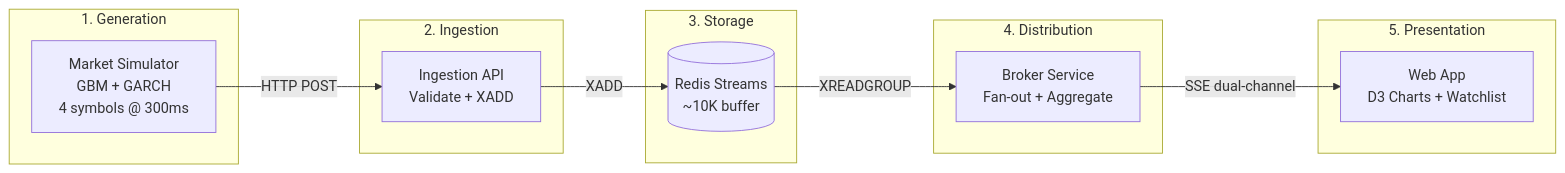
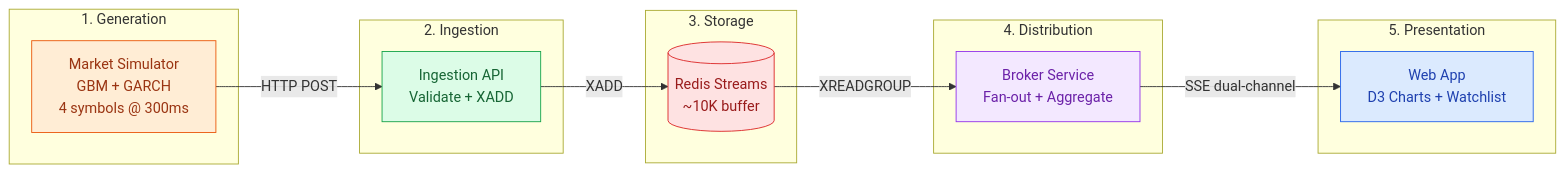
The seventh of 10 diagrams in hugo-site/content/projects/stock-market-simulator/index.md (raj-champion-trader/rajchampaneriya.github.io), drawn with Mermaid before and after one commit. The commit also changed other lines of this file and 5 other files, not shown here.

First line of the commit message:
Enhance Mermaid Diagrams with Semantic Color Classes and Dark Mode Support

````diff
--- a/hugo-site/content/projects/stock-market-simulator/index.md
+++ b/hugo-site/content/projects/stock-market-simulator/index.md
@@ -301,27 +333,33 @@
 ```mermaid
 flowchart LR
+    classDef primary fill:#dbeafe,stroke:#2563eb,color:#1e40af
+    classDef secondary fill:#dcfce7,stroke:#16a34a,color:#166534
+    classDef accent fill:#ffedd5,stroke:#ea580c,color:#9a3412
+    classDef danger fill:#fee2e2,stroke:#dc2626,color:#991b1b
+    classDef highlight fill:#f3e8ff,stroke:#9333ea,color:#6b21a8
+
     subgraph Generation["1. Generation"]
-        MS["Market Simulator<br/>GBM + GARCH<br/>4 symbols @ 300ms"]
+        MS["Market Simulator<br/>GBM + GARCH<br/>4 symbols @ 300ms"]:::accent
     end
 
     subgraph Ingestion["2. Ingestion"]
-        API["Ingestion API<br/>Validate + XADD"]
+        API["Ingestion API<br/>Validate + XADD"]:::secondary
     end
 
     subgraph Storage["3. Storage"]
-        Redis[("Redis Streams<br/>~10K buffer")]
+        Redis[("Redis Streams<br/>~10K buffer")]:::danger
     end
 
     subgraph Distribution["4. Distribution"]
-        Broker["Broker Service<br/>Fan-out + Aggregate"]
+        Broker["Broker Service<br/>Fan-out + Aggregate"]:::highlight
     end
 
     subgraph Presentation["5. Presentation"]
-        Web["Web App<br/>D3 Charts + Watchlist"]
+        Web["Web App<br/>D3 Charts + Watchlist"]:::primary
     end
 
-    MS -->|HTTP POST| API
-    API -->|XADD| Redis
-    Redis -->|XREADGROUP| Broker
-    Broker -->|SSE dual-channel| Web
+    MS -->|"HTTP POST"| API
+    API -->|"XADD"| Redis
+    Redis -->|"XREADGROUP"| Broker
+    Broker -->|"SSE dual-channel"| Web
 ```
````
